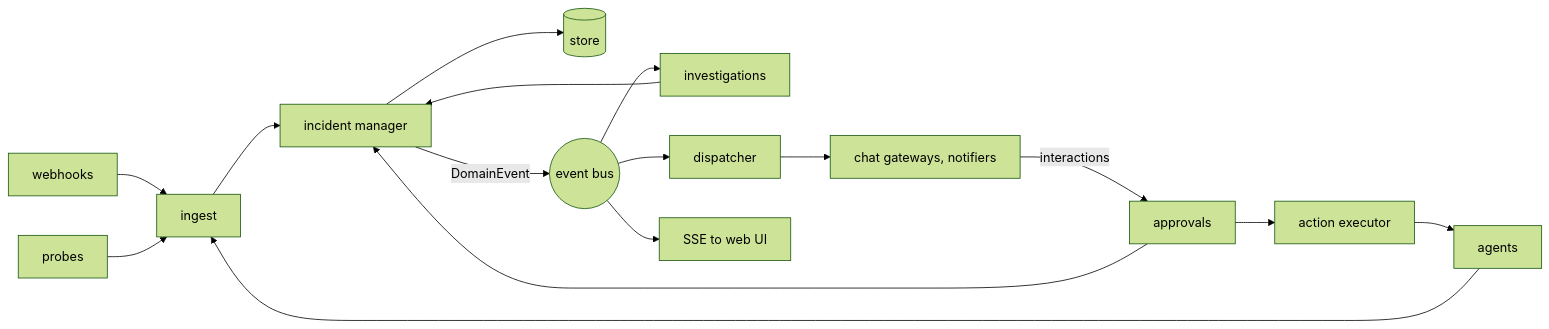
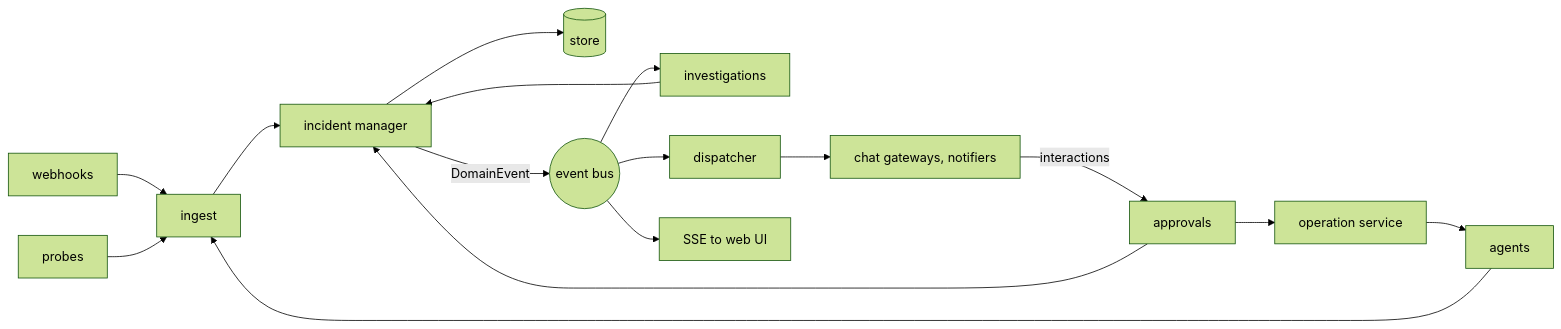
Before and after one commit to RoastSlav/domovoi: the fifth of 5 diagrams in ARCHITECTURE.md, drawn with Mermaid (forest theme). The commit also changed other lines of this file and 7 other files, not shown here.

````diff
--- a/ARCHITECTURE.md
+++ b/ARCHITECTURE.md
@@ -246,14 +246,14 @@
 ```mermaid
 flowchart LR
   WH[webhooks] --> IN[ingest]
   AG[agents] --> IN
   PR[probes] --> IN
   IN --> IM[incident manager]
   IM --> DB[(store)]
   IM -- DomainEvent --> BUS((event bus))
   BUS --> INV[investigations] --> IM
   BUS --> DSP[dispatcher] --> GW[chat gateways, notifiers]
   BUS --> SSE[SSE to web UI]
   GW -- interactions --> AP[approvals] --> IM
-  AP --> AX[action executor] --> AG
+  AP --> OP[operation service] --> AG
 ```
````
